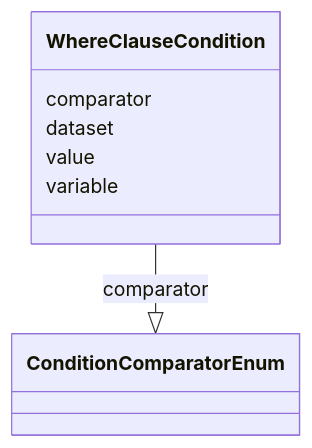
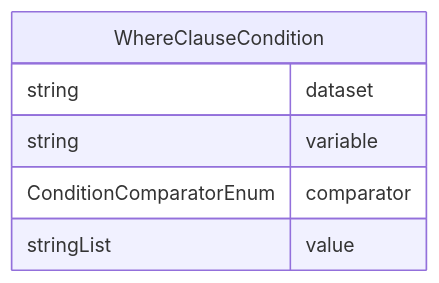
The diagram in project/docs/WhereClauseCondition.md (cdisc-org/analysis-results-standard), drawn with Mermaid before and after one commit. The commit also changed 131 other files, not shown here.

Commit message:
Add top-level diagram to documentation

````diff
--- a/project/docs/WhereClauseCondition.md
+++ b/project/docs/WhereClauseCondition.md
@@ -14,15 +13,12 @@
 ```mermaid
- classDiagram
-    class WhereClauseCondition
-      WhereClauseCondition : comparator
-        
-          WhereClauseCondition --|> ConditionComparatorEnum : comparator
-        
-      WhereClauseCondition : dataset
-        
-      WhereClauseCondition : value
-        
-      WhereClauseCondition : variable
-        
-      
+erDiagram
+WhereClauseCondition {
+    string dataset  
+    string variable  
+    ConditionComparatorEnum comparator  
+    stringList value  
+}
+
+
+
 ```
````
